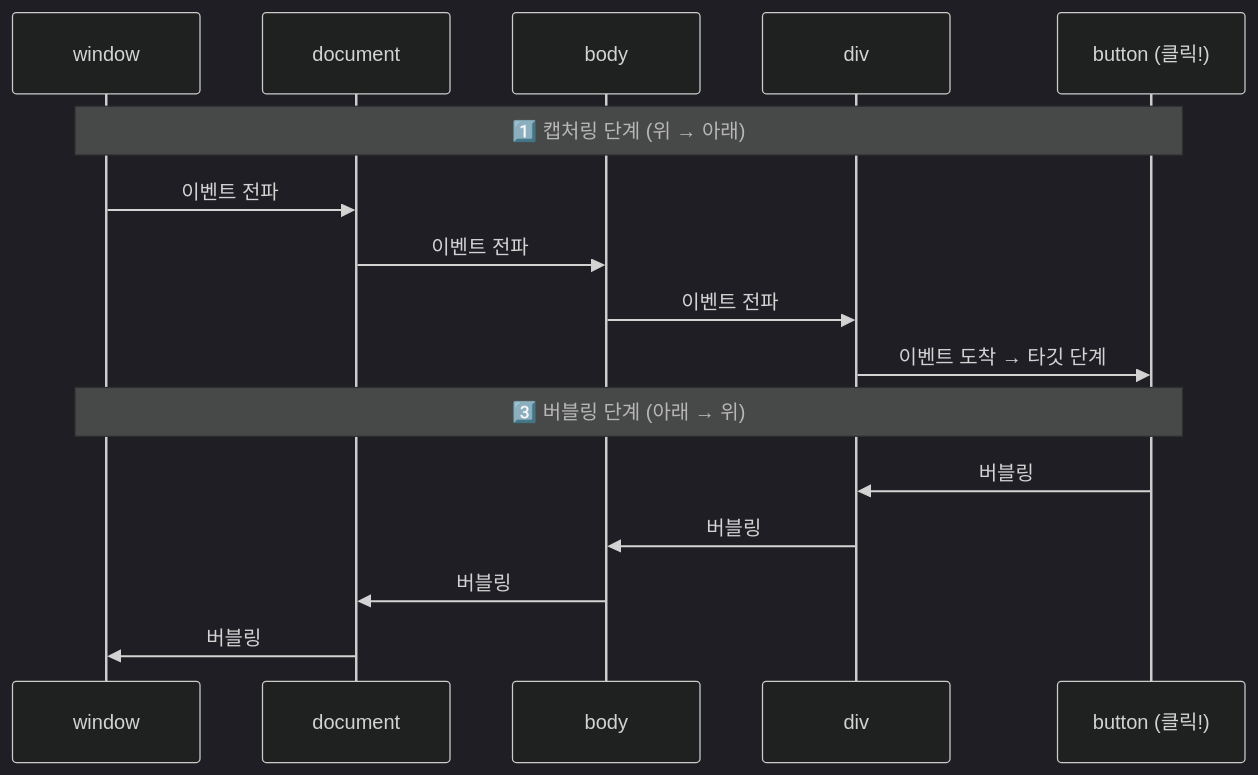
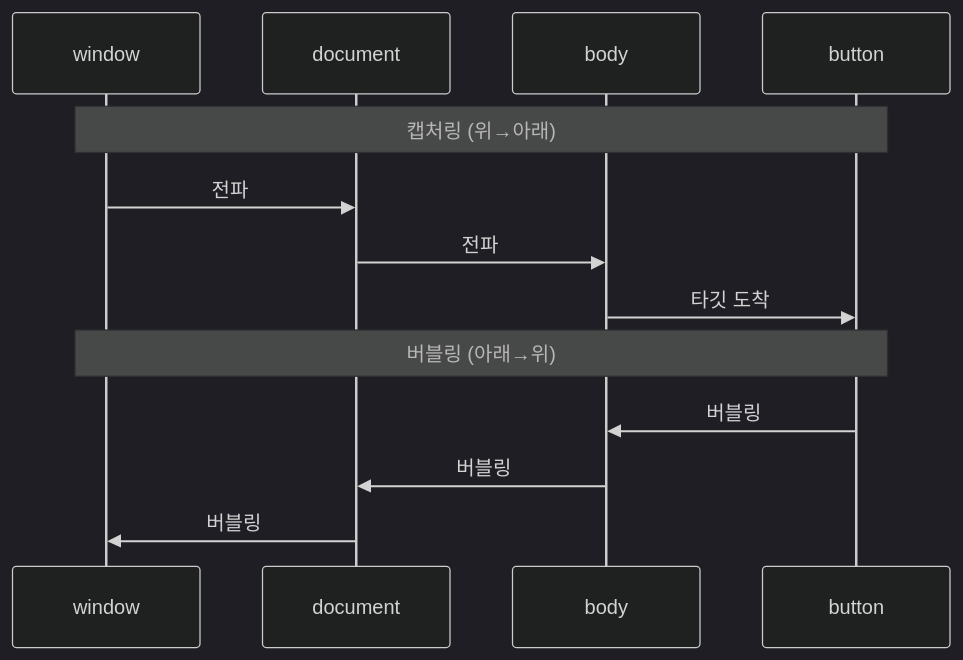
Before and after one commit to yjkim2015/yjkim2015.github.io: the eighth of 8 diagrams in _posts/frontend/2026-05-01-browser-rendering.md, drawn with Mermaid (dark theme). The commit also changed other lines of this file and 215 other files, not shown here.

First line of the commit message:
신규 포스트 10개 추가 + Mermaid 전면 축소 + SystemDesign 시리즈 보강

````diff
--- a/_posts/frontend/2026-05-01-browser-rendering.md
+++ b/_posts/frontend/2026-05-01-browser-rendering.md
@@ -468,20 +419,15 @@
 ```mermaid
 sequenceDiagram
     participant WIN as window
     participant DOC as document
     participant BODY as body
-    participant DIV as div
-    participant BTN as button (클릭!)
-
-    Note over WIN,BTN: 1️⃣ 캡처링 단계 (위 → 아래)
-    WIN  ->>  DOC:  이벤트 전파
-    DOC  ->>  BODY: 이벤트 전파
-    BODY ->>  DIV:  이벤트 전파
-    DIV  ->>  BTN:  이벤트 도착 → 타깃 단계
-
-    Note over WIN,BTN: 3️⃣ 버블링 단계 (아래 → 위)
-    BTN  ->>  DIV:  버블링
-    DIV  ->>  BODY: 버블링
-    BODY ->>  DOC:  버블링
-    DOC  ->>  WIN:  버블링
+    participant BTN as button
+    Note over WIN,BTN: 캡처링 (위→아래)
+    WIN->>DOC: 전파
+    DOC->>BODY: 전파
+    BODY->>BTN: 타깃 도착
+    Note over WIN,BTN: 버블링 (아래→위)
+    BTN->>BODY: 버블링
+    BODY->>DOC: 버블링
+    DOC->>WIN: 버블링
 ```
````
